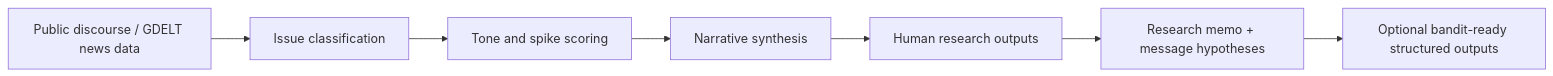
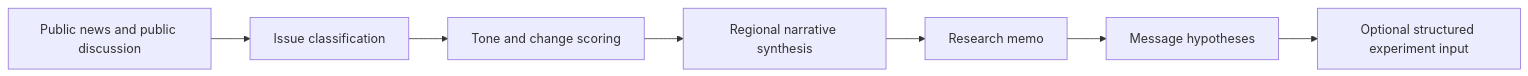
The diagram in README.md (davidwrauch/social-listening), drawn with Mermaid before and after one commit. The commit also changed other lines of this file and 16 other files, not shown here.

````diff
--- a/README.md
+++ b/README.md
@@ -26,9 +24,9 @@
 ```mermaid
 flowchart LR
-    A["Public discourse / GDELT news data"] --> B["Issue classification"]
-    B --> C["Tone and spike scoring"]
-    C --> D["Narrative synthesis"]
-    D --> E["Human research outputs"]
-    E --> F["Research memo + message hypotheses"]
-    F --> G["Optional bandit-ready structured outputs"]
+    A["Public news and public discussion"] --> B["Issue classification"]
+    B --> C["Tone and change scoring"]
+    C --> D["Regional narrative synthesis"]
+    D --> E["Research memo"]
+    E --> F["Message hypotheses"]
+    F --> G["Optional structured experiment input"]
 ```
````
